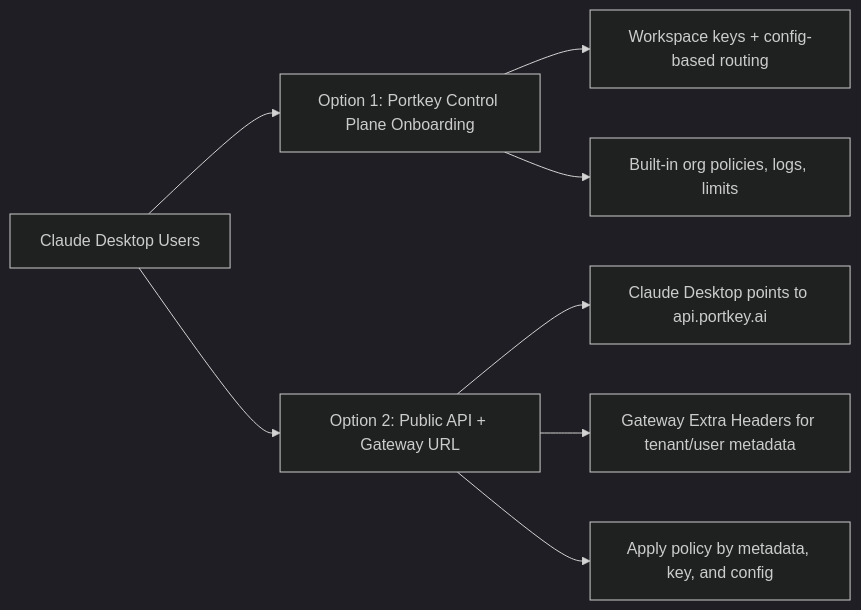
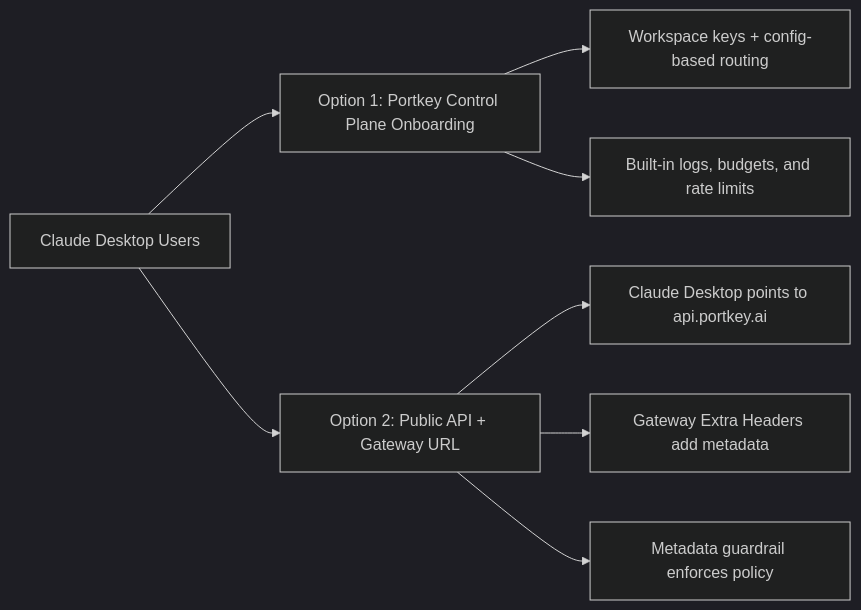
Before and after one commit to Portkey-AI/docs-core: the diagram in integrations/libraries/claude-desktop.mdx, drawn with Mermaid (dark theme). The commit also changed other lines of this file, not shown here.

Commit message:
docs: make Claude Desktop a lighthouse guide for metadata policies

````diff
--- a/integrations/libraries/claude-desktop.mdx
+++ b/integrations/libraries/claude-desktop.mdx
@@ -19,13 +19,13 @@
 ```mermaid
 flowchart LR
   A[Claude Desktop Users]
 
   A --> B[Option 1: Portkey Control Plane Onboarding]
   B --> B1[Workspace keys + config-based routing]
-  B --> B2[Built-in org policies, logs, limits]
+  B --> B2[Built-in logs, budgets, and rate limits]
 
   A --> C[Option 2: Public API + Gateway URL]
   C --> C1[Claude Desktop points to api.portkey.ai]
-  C --> C2[Gateway Extra Headers for tenant/user metadata]
-  C --> C3[Apply policy by metadata, key, and config]
+  C --> C2[Gateway Extra Headers add metadata]
+  C --> C3[Metadata guardrail enforces policy]
 ```
````
